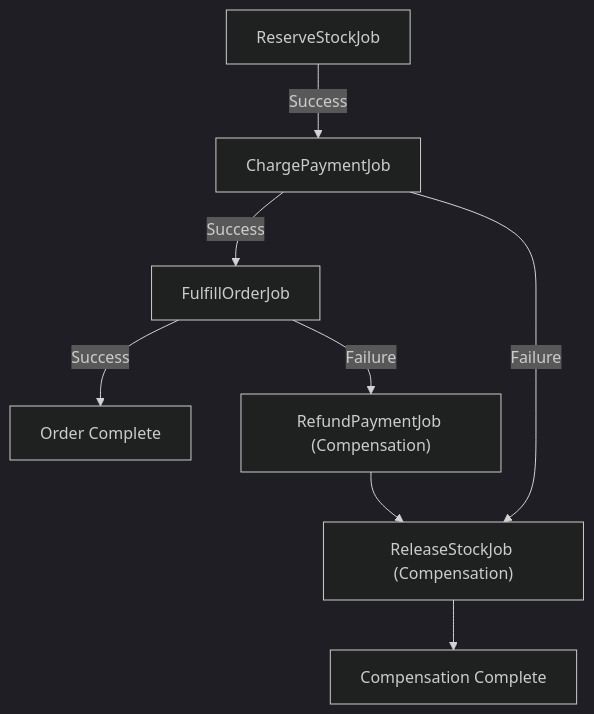
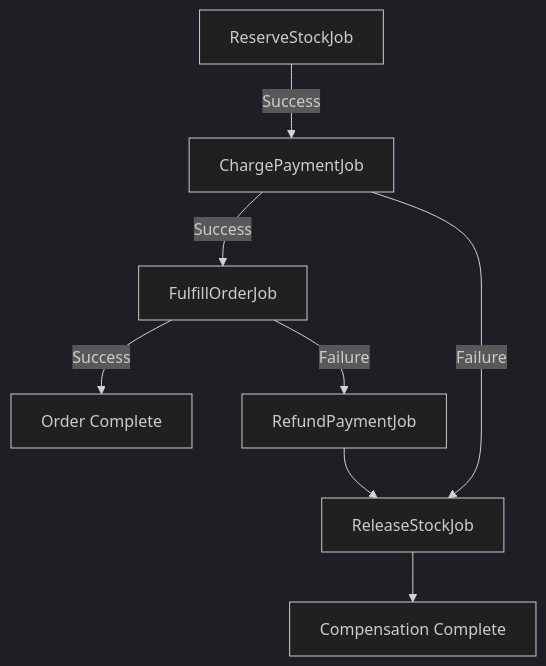
The first of 2 diagrams in docs/articles/BatchQueue-Article.md (skie/docs), drawn with Mermaid (dark theme) before and after one commit. The commit also changed other lines of this file, not shown here.

Commit message:
fix mermaid rendering

````diff
--- a/docs/articles/BatchQueue-Article.md
+++ b/docs/articles/BatchQueue-Article.md
@@ -421,10 +421,10 @@
 ```mermaid
 graph TD
     A[ReserveStockJob] -->|Success| B[ChargePaymentJob]
     B -->|Success| C[FulfillOrderJob]
-    B -->|Failure| D["ReleaseStockJob (Compensation)"]
+    B -->|Failure| D["ReleaseStockJob"]
     C -->|Success| F[Order Complete]
-    C -->|Failure| E["RefundPaymentJob (Compensation)"]
+    C -->|Failure| E["RefundPaymentJob"]
     E --> D
     D --> G[Compensation Complete]
 ```
````
